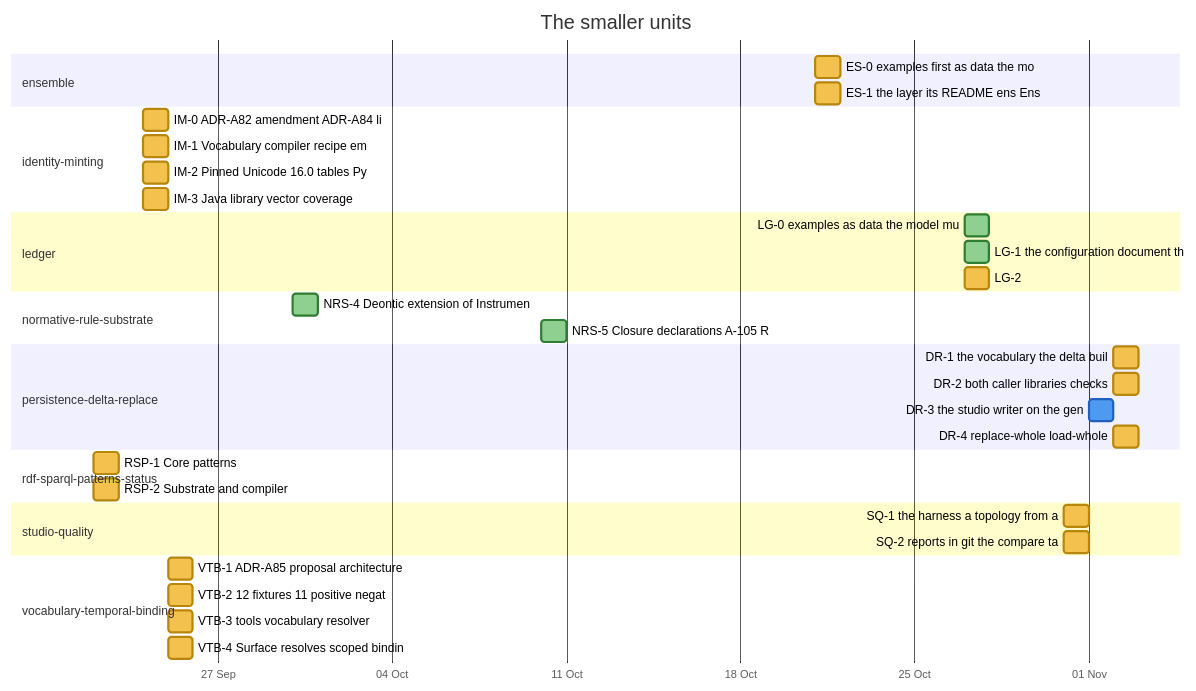
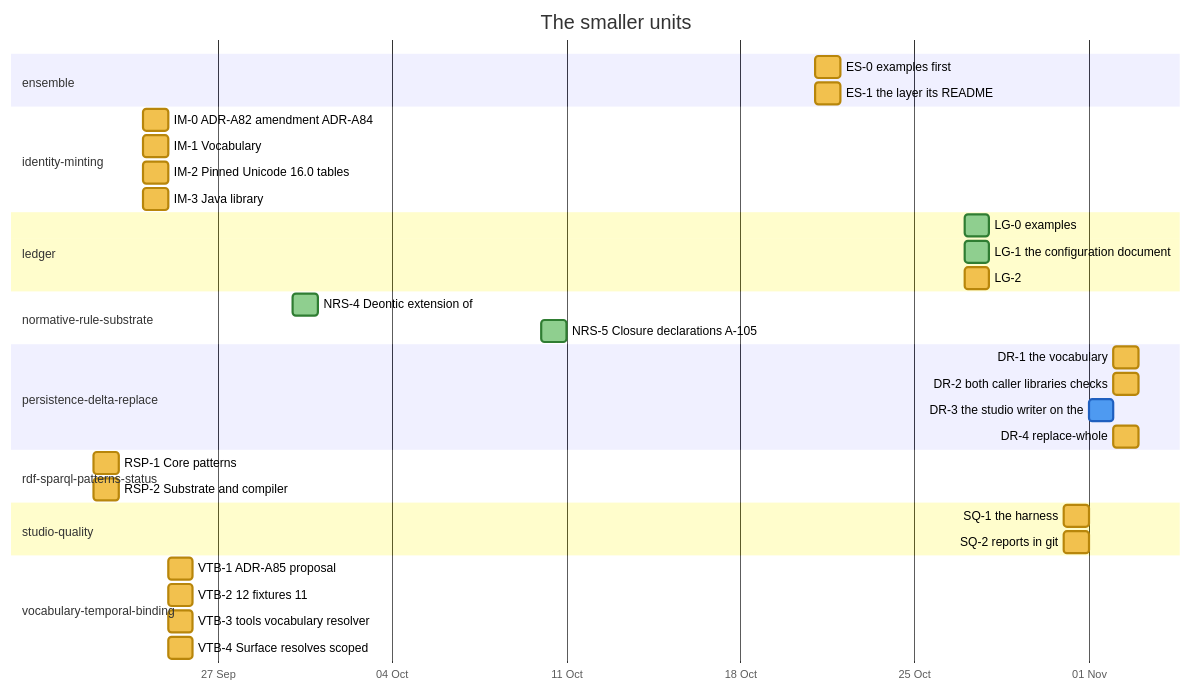
One commit to nebularis/lattice changed diagram 17 of 26 in docs/developer/ROADMAP.md. Above: the diagram before and after it, drawn with Mermaid. The commit also changed other lines of this file and 7 other files, not shown here.

First line of the commit message:
Pin Vyvid v0.2.7: the GIT_DIR workaround removed, TD-143 and TD-144 closed, the roadmap regenerated

````diff
--- a/docs/developer/ROADMAP.md
+++ b/docs/developer/ROADMAP.md
@@ -473,38 +473,38 @@
 ```mermaid
 %%{init: {"themeVariables": {"taskBkgColor": "#f2c14e", "taskBorderColor": "#b8860b", "taskTextColor": "#000000", "activeTaskBkgColor": "#4e9af1", "activeTaskBorderColor": "#1f5fbf", "activeTaskBorderColor": "#1f5fbf", "doneTaskBkgColor": "#8fcf8f", "doneTaskBorderColor": "#2f7d32", "critBkgColor": "#f28b82", "critBorderColor": "#b23a30", "taskTextDarkColor": "#000000", "taskTextLightColor": "#000000"}}}%%
 gantt
     title The smaller units
     dateFormat YYYY-MM-DD
     axisFormat %d %b
     section ensemble
-    ES-0 examples first as data the mo :es0, 2026-10-21, 2026-10-22
-    ES-1 the layer its README ens Ens :es1, 2026-10-21, 2026-10-22
+    ES-0 examples first :es0, 2026-10-21, 2026-10-22
+    ES-1 the layer its README :es1, 2026-10-21, 2026-10-22
     section identity-minting
-    IM-0 ADR-A82 amendment ADR-A84 li :im0, 2026-09-24, 2026-09-25
-    IM-1 Vocabulary compiler recipe em :im1, 2026-09-24, 2026-09-25
-    IM-2 Pinned Unicode 16.0 tables Py :im2, 2026-09-24, 2026-09-25
-    IM-3 Java library vector coverage :im3, 2026-09-24, 2026-09-25
+    IM-0 ADR-A82 amendment ADR-A84 :im0, 2026-09-24, 2026-09-25
+    IM-1 Vocabulary :im1, 2026-09-24, 2026-09-25
+    IM-2 Pinned Unicode 16.0 tables :im2, 2026-09-24, 2026-09-25
+    IM-3 Java library :im3, 2026-09-24, 2026-09-25
     section ledger
-    LG-0 examples as data the model mu :done, lg0, 2026-10-27, 2026-10-28
-    LG-1 the configuration document th :done, lg1, 2026-10-27, 2026-10-28
+    LG-0 examples :done, lg0, 2026-10-27, 2026-10-28
+    LG-1 the configuration document :done, lg1, 2026-10-27, 2026-10-28
     LG-2 :lg2, 2026-10-27, 2026-10-28
     section normative-rule-substrate
-    NRS-4 Deontic extension of Instrumen :done, nrs4, 2026-09-30, 2026-10-01
-    NRS-5 Closure declarations A-105 R :done, nrs5, 2026-10-10, 2026-10-11
+    NRS-4 Deontic extension of :done, nrs4, 2026-09-30, 2026-10-01
+    NRS-5 Closure declarations A-105 :done, nrs5, 2026-10-10, 2026-10-11
     section persistence-delta-replace
-    DR-1 the vocabulary the delta buil :dr1, 2026-11-02, 2026-11-03
+    DR-1 the vocabulary :dr1, 2026-11-02, 2026-11-03
     DR-2 both caller libraries checks :dr2, 2026-11-02, 2026-11-03
-    DR-3 the studio writer on the gen :active, dr3, 2026-11-01, 2026-11-02
-    DR-4 replace-whole load-whole :dr4, 2026-11-02, 2026-11-03
+    DR-3 the studio writer on the :active, dr3, 2026-11-01, 2026-11-02
+    DR-4 replace-whole :dr4, 2026-11-02, 2026-11-03
     section rdf-sparql-patterns-status
     RSP-1 Core patterns :rsp1, 2026-09-22, 2026-09-23
     RSP-2 Substrate and compiler :rsp2, 2026-09-22, 2026-09-23
     section studio-quality
-    SQ-1 the harness a topology from a :sq1, 2026-10-31, 2026-11-01
-    SQ-2 reports in git the compare ta :sq2, 2026-10-31, 2026-11-01
+    SQ-1 the harness :sq1, 2026-10-31, 2026-11-01
+    SQ-2 reports in git :sq2, 2026-10-31, 2026-11-01
     section vocabulary-temporal-binding
-    VTB-1 ADR-A85 proposal architecture :vtb1, 2026-09-25, 2026-09-26
-    VTB-2 12 fixtures 11 positive negat :vtb2, 2026-09-25, 2026-09-26
+    VTB-1 ADR-A85 proposal :vtb1, 2026-09-25, 2026-09-26
+    VTB-2 12 fixtures 11 :vtb2, 2026-09-25, 2026-09-26
     VTB-3 tools vocabulary resolver :vtb3, 2026-09-25, 2026-09-26
-    VTB-4 Surface resolves scoped bindin :vtb4, 2026-09-25, 2026-09-26
+    VTB-4 Surface resolves scoped :vtb4, 2026-09-25, 2026-09-26
 ```
````
